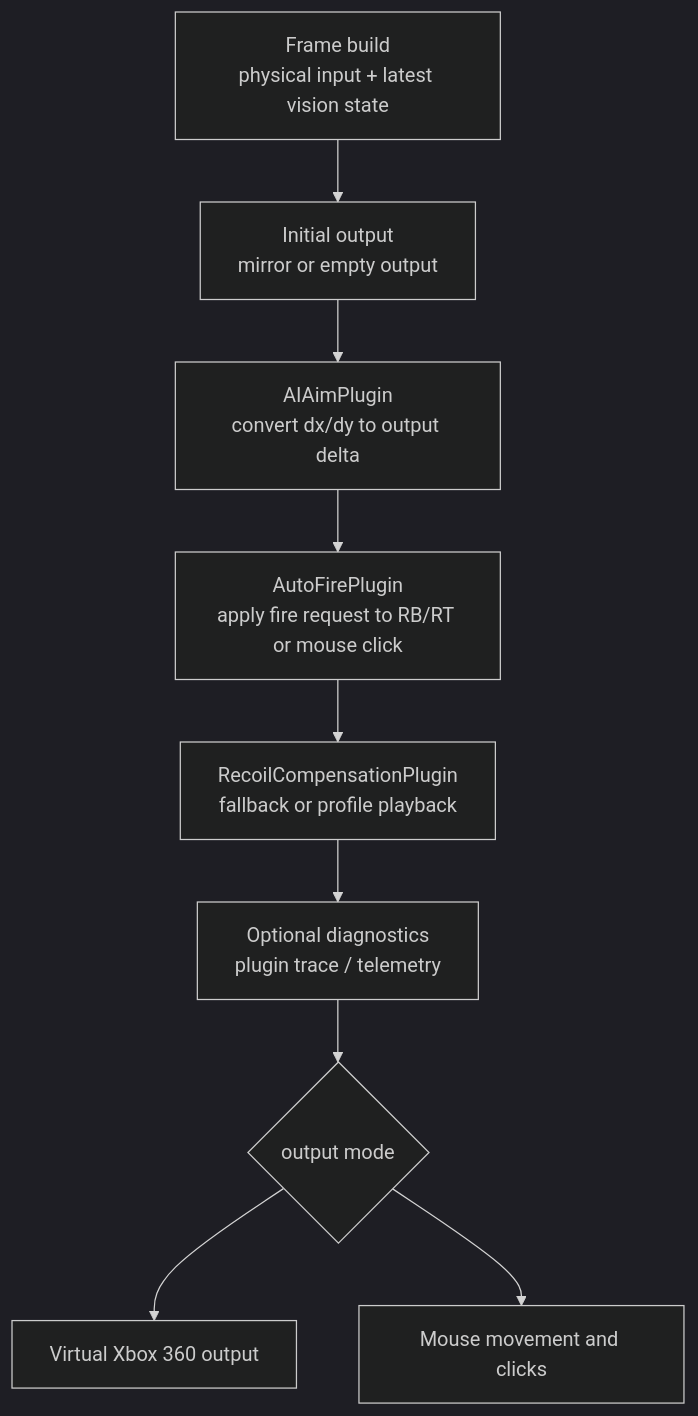
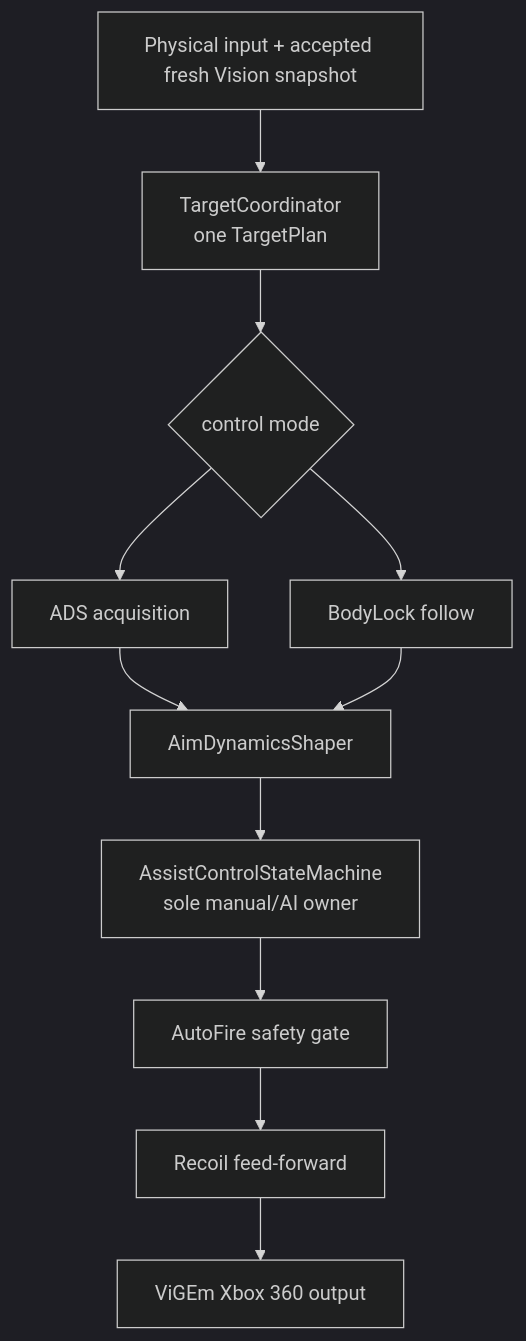
The fifth of 6 diagrams in docs/project/PROJECT_OVERVIEW.md (Wu-Tea/aim_bot_study), drawn with Mermaid (dark theme) before and after one commit. The commit also changed other lines of this file and 266 other files, not shown here.

````diff
--- a/docs/project/PROJECT_OVERVIEW.md
+++ b/docs/project/PROJECT_OVERVIEW.md
@@ -174,11 +172,13 @@
 ```mermaid
 flowchart TD
-    Frame["Frame build\nphysical input + latest vision state"] --> BaseOutput["Initial output\nmirror or empty output"]
-    BaseOutput --> AIAim["AIAimPlugin\nconvert dx/dy to output delta"]
-    AIAim --> AutoFire["AutoFirePlugin\napply fire request to RB/RT or mouse click"]
-    AutoFire --> Recoil["RecoilCompensationPlugin\nfallback or profile playback"]
-    Recoil --> Diagnostics["Optional diagnostics\nplugin trace / telemetry"]
-    Diagnostics --> Actuation{"output mode"}
-    Actuation --> GamepadOut["Virtual Xbox 360 output"]
-    Actuation --> MouseOut["Mouse movement and clicks"]
+    Frame["Physical input + accepted fresh Vision snapshot"] --> Plan["TargetCoordinator\none TargetPlan"]
+    Plan --> Solver{"control mode"}
+    Solver --> ADS["ADS acquisition"]
+    Solver --> Body["BodyLock follow"]
+    ADS --> Shape["AimDynamicsShaper"]
+    Body --> Shape
+    Shape --> Authority["AssistControlStateMachine\nsole manual/AI owner"]
+    Authority --> Fire["AutoFire safety gate"]
+    Fire --> Recoil["Recoil feed-forward"]
+    Recoil --> GamepadOut["ViGEm Xbox 360 output"]
 ```
````
